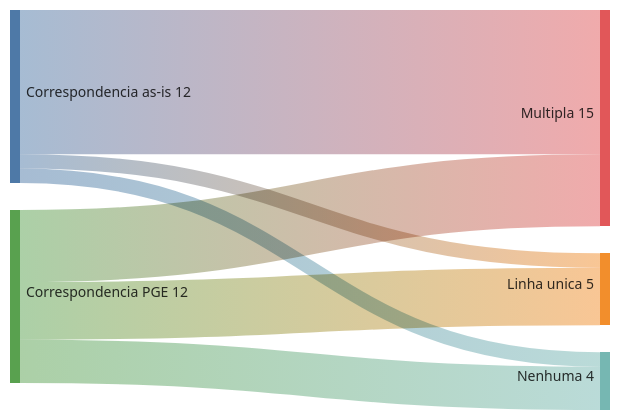
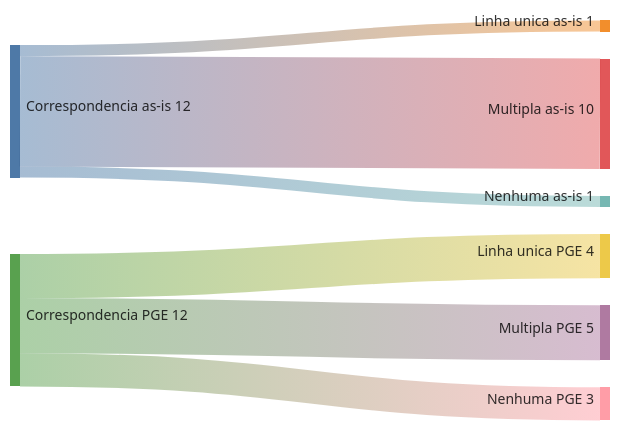
Before and after one commit to franklinbaldo/sisprev: the first of 3 diagrams in docs/analysis/piloto-selecao-invalidez-incapacidade.md, drawn with Mermaid. The commit also changed other lines of this file, not shown here.

Commit message:
docs: separa nós dos Sankeys do piloto por modelo (as-is/PGE)
Os nós de destino compartilhados faziam o GitHub somar as-is+PGE no rótulo
(ex.: Multipla 15 = 10+5), conflitando com as tabelas §3.1/§3.2. Sufixo por
modelo para cada número bater exatamente com a tabela.

Claude-Session: https://claude.ai/code/session_018LCojm31v7mEQdFkKzjYyN

````diff
--- a/docs/analysis/piloto-selecao-invalidez-incapacidade.md
+++ b/docs/analysis/piloto-selecao-invalidez-incapacidade.md
@@ -94,9 +94,9 @@
 ```mermaid
 sankey-beta
-Correspondencia as-is,Linha unica,1
-Correspondencia as-is,Multipla,10
-Correspondencia as-is,Nenhuma,1
-Correspondencia PGE,Linha unica,4
-Correspondencia PGE,Multipla,5
-Correspondencia PGE,Nenhuma,3
+Correspondencia as-is,Linha unica as-is,1
+Correspondencia as-is,Multipla as-is,10
+Correspondencia as-is,Nenhuma as-is,1
+Correspondencia PGE,Linha unica PGE,4
+Correspondencia PGE,Multipla PGE,5
+Correspondencia PGE,Nenhuma PGE,3
 ```
````
